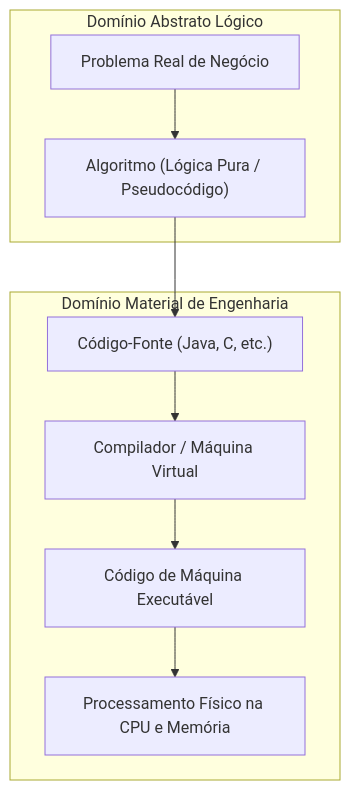
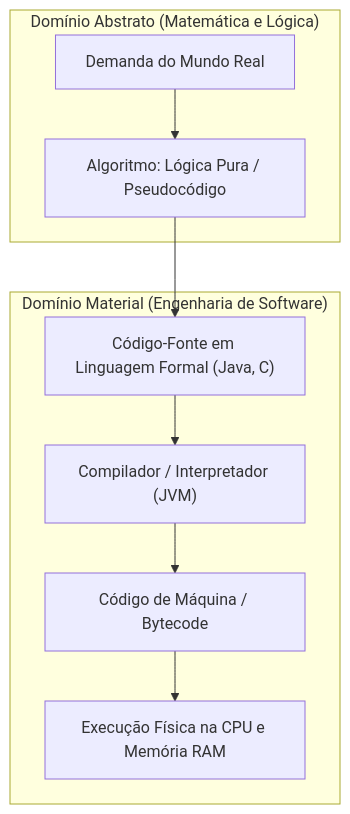
The third of 33 diagrams in 4º Semestre/[Prof. Wesley Soares] Estrutura de Dados I/Resumos-IA/Caderno-Consolidado.md (murilolol/unifef), drawn with Mermaid before and after one commit. The commit also changed other lines of this file and 18 other files, not shown here.

````diff
--- a/4º Semestre/[Prof. Wesley Soares] Estrutura de Dados I/Resumos-IA/Caderno-Consolidado.md
+++ b/4º Semestre/[Prof. Wesley Soares] Estrutura de Dados I/Resumos-IA/Caderno-Consolidado.md
@@ -201,12 +218,13 @@
 ```mermaid
 flowchart TD
-    subgraph DominioConceitual["Domínio Abstrato Lógico"]
-        Problema["Problema Real de Negócio"] --> Algoritmo["Algoritmo (Lógica Pura / Pseudocódigo)"]
+    subgraph DominioAbstrato["Domínio Abstrato (Matemática e Lógica)"]
+        Problema["Demanda do Mundo Real"] --> Algoritmo["Algoritmo: Lógica Pura / Pseudocódigo"]
     end
-    subgraph DominioFisico["Domínio Material de Engenharia"]
-        Algoritmo --> CodigoFonte["Código-Fonte (Java, C, etc.)"]
-        CodigoFonte --> Compilador["Compilador / Máquina Virtual"]
-        Compilador --> Binario["Código de Máquina Executável"]
-        Binario --> Hardware["Processamento Físico na CPU e Memória"]
+
+    subgraph DominioMaterial["Domínio Material (Engenharia de Software)"]
+        Algoritmo --> CodigoFonte["Código-Fonte em Linguagem Formal (Java, C)"]
+        CodigoFonte --> Compilador["Compilador / Interpretador (JVM)"]
+        Compilador --> Bytecode["Código de Máquina / Bytecode"]
+        Bytecode --> Hardware["Execução Física na CPU e Memória RAM"]
     end
 ```
````
